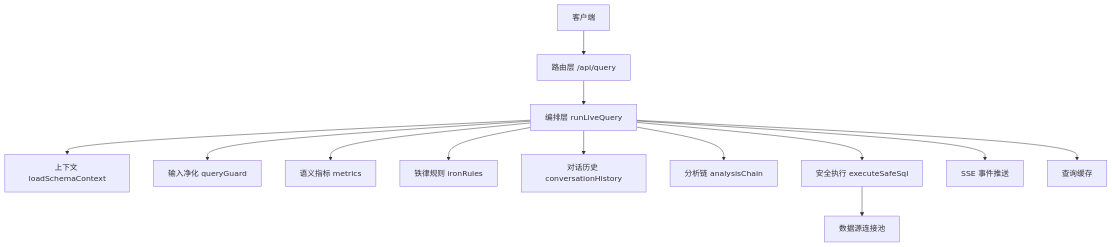
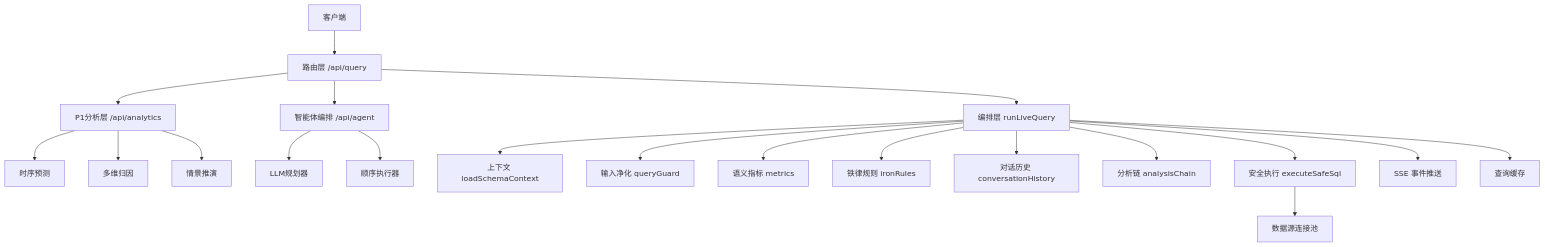
Before and after one commit to dgjin/smart-data-analytics: the first of 10 diagrams in .qoder/repowiki/zh/content/后端服务/核心业务模块/查询处理引擎/查询处理引擎.md, drawn with Mermaid. The commit also changed other lines of this file and 141 other files, not shown here.

````diff
--- a/.qoder/repowiki/zh/content/后端服务/核心业务模块/查询处理引擎/查询处理引擎.md
+++ b/.qoder/repowiki/zh/content/后端服务/核心业务模块/查询处理引擎/查询处理引擎.md
@@ -43,15 +58,22 @@
 ```mermaid
 graph TB
 Client["客户端"] --> Route["路由层 /api/query"]
 Route --> Live["编排层 runLiveQuery"]
+Route --> Analytics["P1分析层 /api/analytics"]
+Route --> Agent["智能体编排 /api/agent"]
+Analytics --> Forecast["时序预测"]
+Analytics --> Attribution["多维归因"]
+Analytics --> WhatIf["情景推演"]
+Agent --> Planner["LLM规划器"]
+Agent --> Executor["顺序执行器"]
 Live --> SchemaCtx["上下文 loadSchemaContext"]
 Live --> Guard["输入净化 queryGuard"]
 Live --> Metrics["语义指标 metrics"]
 Live --> Iron["铁律规则 ironRules"]
 Live --> Conv["对话历史 conversationHistory"]
 Live --> Chain["分析链 analysisChain"]
 Live --> Exec["安全执行 executeSafeSql"]
 Exec --> DS["数据源连接池"]
 Live --> SSE["SSE 事件推送"]
 Live --> Cache["查询缓存"]
 ```
````
